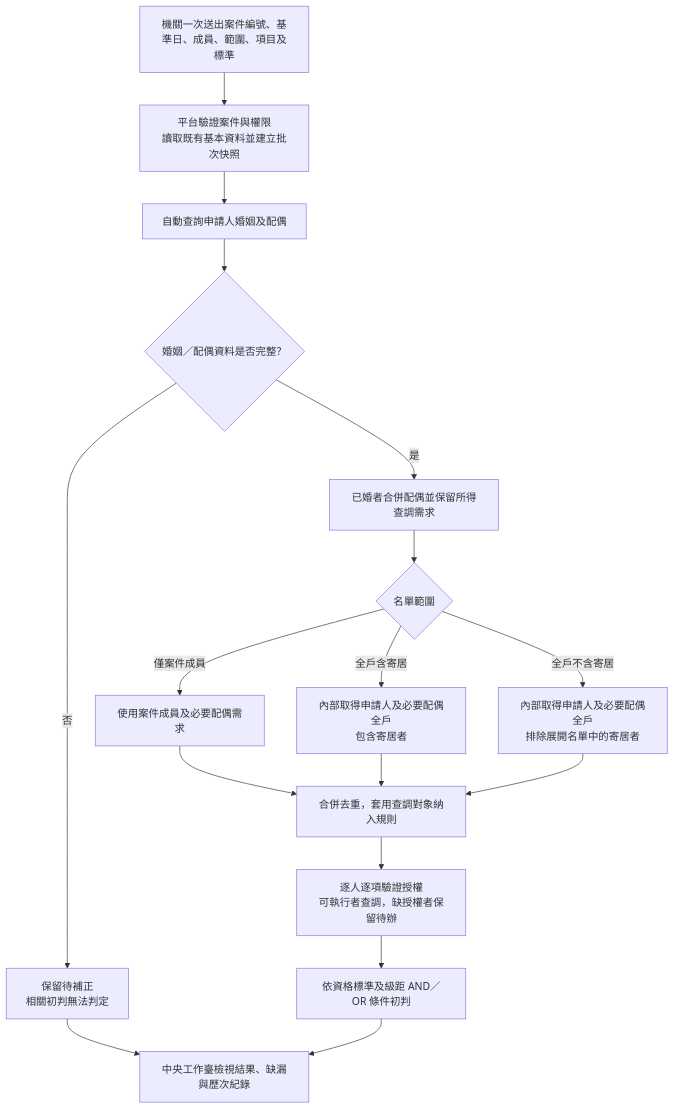
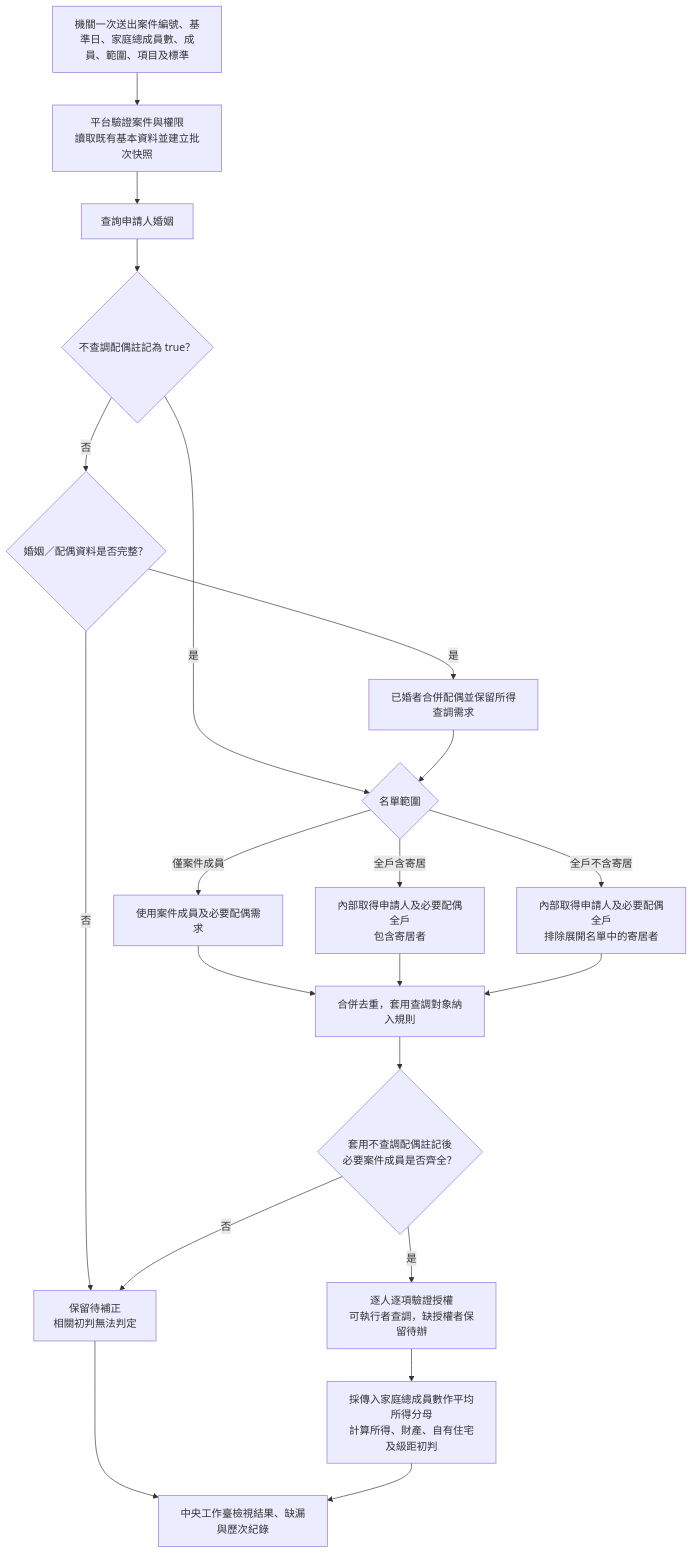
One commit to jillyz/housing changed the diagram in 規格文件/跨機關查調機制.md. Above: the diagram before and after it, drawn with Mermaid. The commit also changed other lines of this file and 69 other files, not shown here.

````diff
--- a/規格文件/跨機關查調機制.md
+++ b/規格文件/跨機關查調機制.md
@@ -55,19 +61,23 @@
 ```mermaid
 flowchart TD
-    A["機關一次送出案件編號、基準日、成員、範圍、項目及標準"] --> B["平台驗證案件與權限<br/>讀取既有基本資料並建立批次快照"]
-    B --> C["自動查詢申請人婚姻及配偶"]
-    C --> D{"婚姻／配偶資料是否完整？"}
+    A["機關一次送出案件編號、基準日、家庭總成員數、成員、範圍、項目及標準"] --> B["平台驗證案件與權限<br/>讀取既有基本資料並建立批次快照"]
+    B --> C["查詢申請人婚姻"]
+    C --> S{"不查調配偶註記為 true？"}
+    S -- "是" --> G
+    S -- "否" --> D{"婚姻／配偶資料是否完整？"}
     D -- "否" --> E["保留待補正<br/>相關初判無法判定"]
     D -- "是" --> F["已婚者合併配偶並保留所得查調需求"]
     F --> G{"名單範圍"}
     G -- "僅案件成員" --> H["使用案件成員及必要配偶需求"]
     G -- "全戶含寄居" --> I["內部取得申請人及必要配偶全戶<br/>包含寄居者"]
     G -- "全戶不含寄居" --> J["內部取得申請人及必要配偶全戶<br/>排除展開名單中的寄居者"]
     H --> K["合併去重，套用查調對象納入規則"]
     I --> K
     J --> K
-    K --> L["逐人逐項驗證授權<br/>可執行者查調，缺授權者保留待辦"]
-    L --> M["依資格標準及級距 AND／OR 條件初判"]
+    K --> P{"套用不查調配偶註記後<br/>必要案件成員是否齊全？"}
+    P -- "否" --> E
+    P -- "是" --> L["逐人逐項驗證授權<br/>可執行者查調，缺授權者保留待辦"]
+    L --> M["採傳入家庭總成員數作平均所得分母<br/>計算所得、財產、自有住宅及級距初判"]
     E --> N["中央工作臺檢視結果、缺漏與歷次紀錄"]
     M --> N
 ```
````
